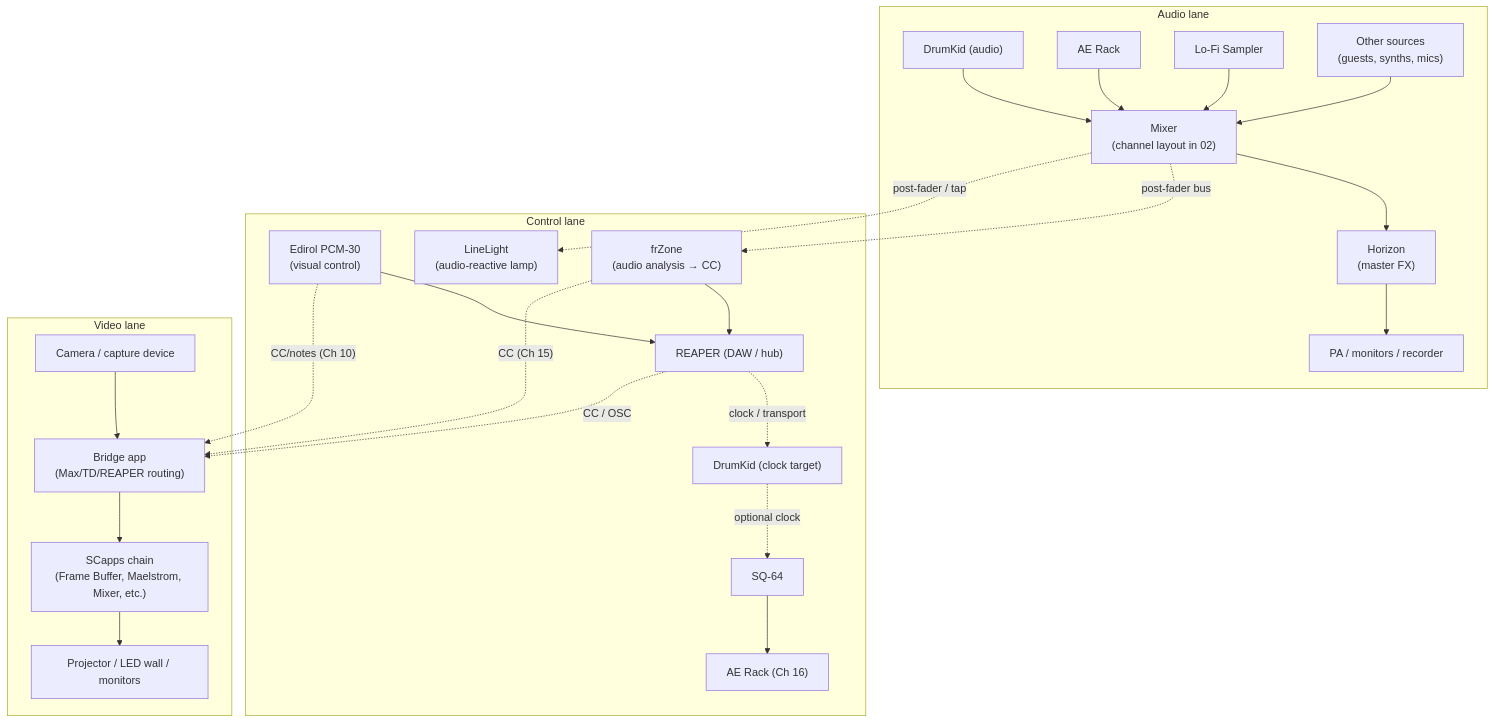
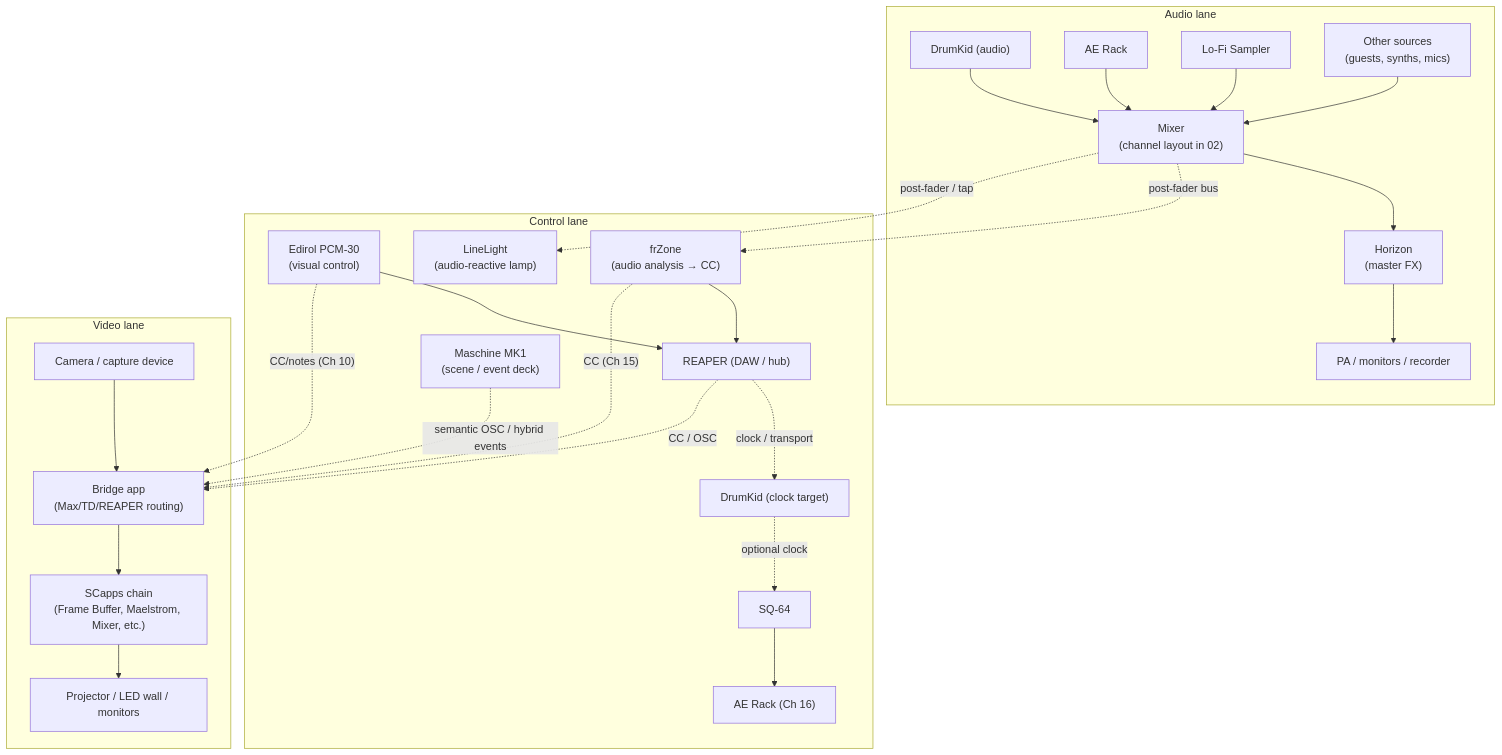
The diagram in 01_system-overview.md (bseverns/live-rig), drawn with Mermaid before and after one commit. The commit also changed other lines of this file and 8 other files, not shown here.

````diff
--- a/01_system-overview.md
+++ b/01_system-overview.md
@@ -29,52 +29,54 @@
 ```mermaid
 flowchart TB
     subgraph Audio["Audio lane"]
         DrumKidAudio["DrumKid (audio)"]
         AERack["AE Rack"]
         LoFiSampler["Lo-Fi Sampler"]
         OtherSources["Other sources<br/>(guests, synths, mics)"]
         Mixer["Mixer<br/>(channel layout in 02)"]
         Horizon["Horizon<br/>(master FX)"]
         PA["PA / monitors / recorder"]
 
         DrumKidAudio --> Mixer
         AERack --> Mixer
         LoFiSampler --> Mixer
         OtherSources --> Mixer
         Mixer --> Horizon --> PA
     end
 
     subgraph Control["Control lane"]
         Reaper["REAPER (DAW / hub)"]
         DrumKidCtrl["DrumKid (clock target)"]
         SQ64["SQ-64"]
         AERackCtrl["AE Rack (Ch 16)"]
         Edirol["Edirol PCM-30<br/>(visual control)"]
+        Maschine["Maschine MK1<br/>(scene / event deck)"]
         frZone["frZone<br/>(audio analysis → CC)"]
         LineLight["LineLight<br/>(audio-reactive lamp)"]
 
         Reaper -. clock / transport .-> DrumKidCtrl
         DrumKidCtrl -. optional clock .-> SQ64
         SQ64 --> AERackCtrl
 
         Mixer -. post-fader bus .-> frZone
         Mixer -. post-fader / tap .-> LineLight
 
         Edirol --> Reaper
         frZone --> Reaper
     end
 
     subgraph Video["Video lane"]
         Camera["Camera / capture device"]
         Bridge["Bridge app<br/>(Max/TD/REAPER routing)"]
         SCapps["SCapps chain<br/>(Frame Buffer, Maelstrom, Mixer, etc.)"]
         Screens["Projector / LED wall / monitors"]
 
         Camera --> Bridge --> SCapps --> Screens
     end
 
     %% Cross-lane connections
     Reaper -. CC / OSC .-> Bridge
     frZone -. CC (Ch 15) .-> Bridge
     Edirol -. CC/notes (Ch 10) .-> Bridge
+    Maschine -. semantic OSC / hybrid events .-> Bridge
 ```
````
